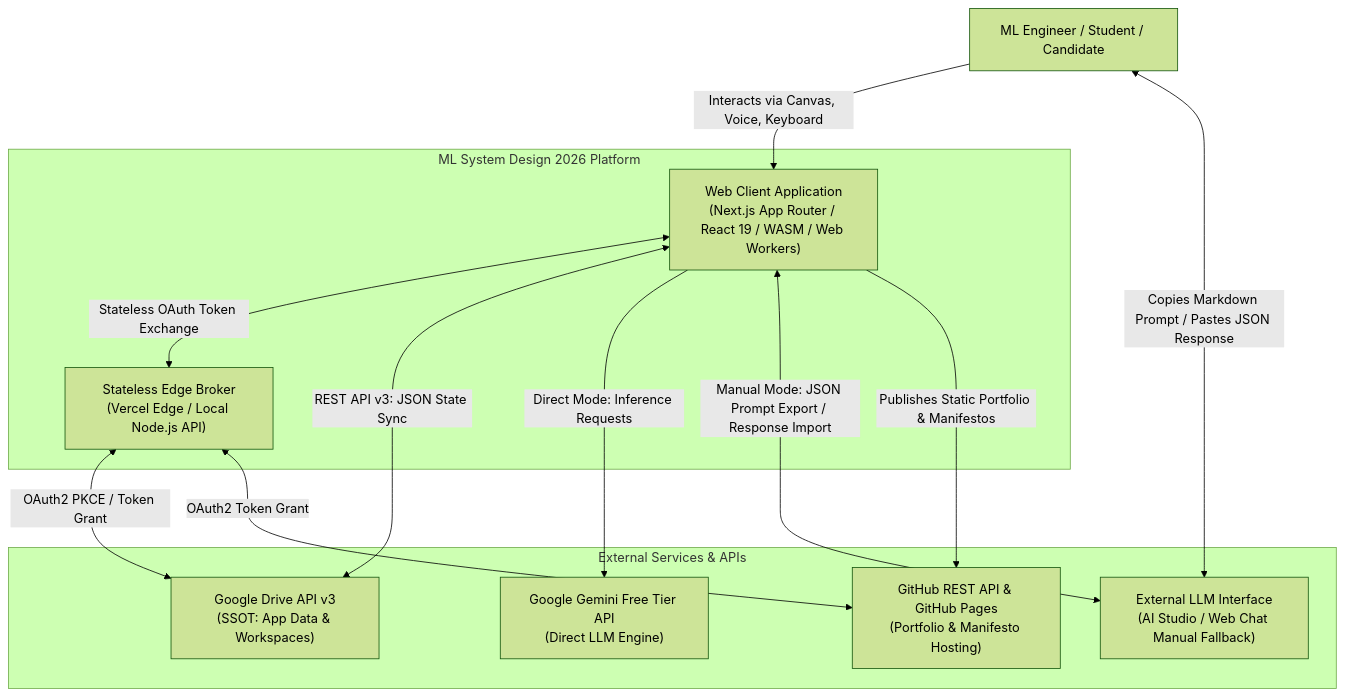
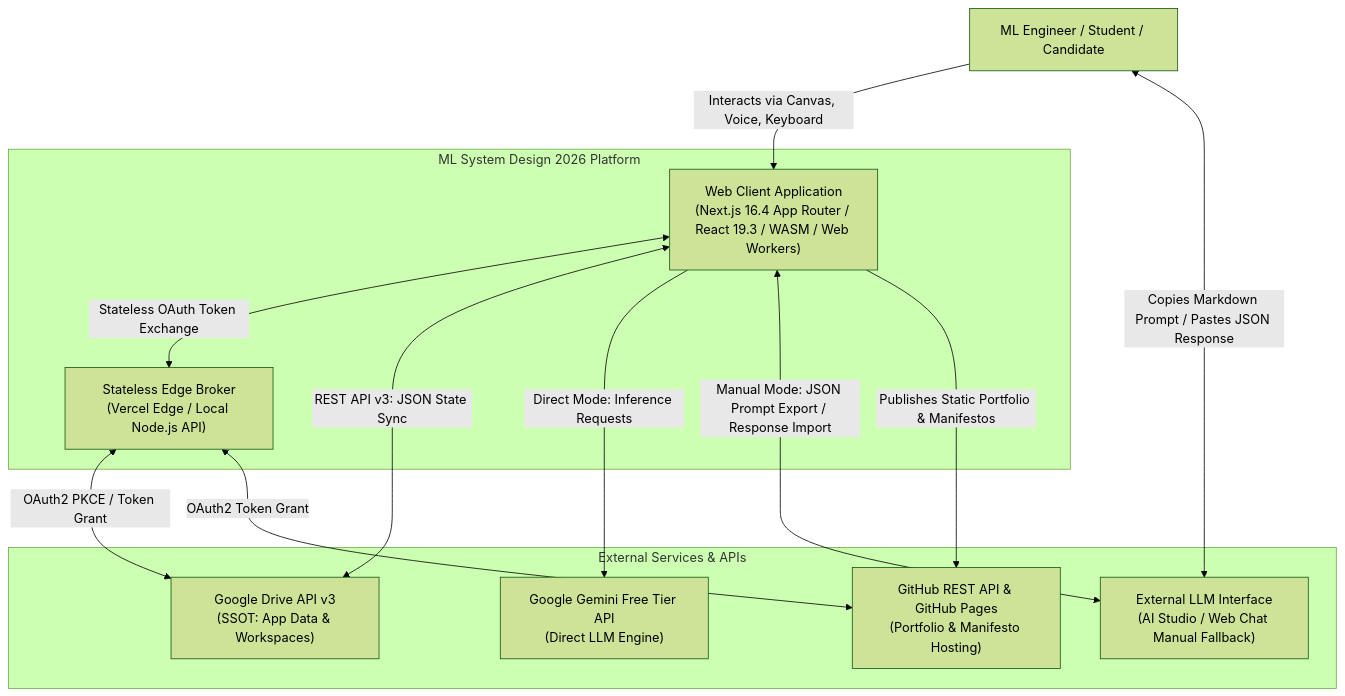
One commit to Strider221B/ml-sys-design changed the first of 5 diagrams in documentation/design/detailed/00_overview_and_architecture.md. Above: the diagram before and after it, drawn with Mermaid (forest theme). The commit also changed other lines of this file and 39 other files, not shown here.

````diff
--- a/documentation/design/detailed/00_overview_and_architecture.md
+++ b/documentation/design/detailed/00_overview_and_architecture.md
@@ -54,27 +54,27 @@
 ```mermaid
 graph TB
     User["ML Engineer / Student / Candidate"]
     
     subgraph Platform["ML System Design 2026 Platform"]
-        WebClient["Web Client Application\n(Next.js App Router / React 19 / WASM / Web Workers)"]
+        WebClient["Web Client Application\n(Next.js 16.4 App Router / React 19.3 / WASM / Web Workers)"]
         EdgeBroker["Stateless Edge Broker\n(Vercel Edge / Local Node.js API)"]
     end
 
     subgraph External_Services["External Services & APIs"]
         GDrive["Google Drive API v3\n(SSOT: App Data & Workspaces)"]
         Gemini["Google Gemini Free Tier API\n(Direct LLM Engine)"]
         ExternalLLM["External LLM Interface\n(AI Studio / Web Chat Manual Fallback)"]
         GitHub["GitHub REST API & GitHub Pages\n(Portfolio & Manifesto Hosting)"]
     end
 
     User -->|Interacts via Canvas, Voice, Keyboard| WebClient
     WebClient <-->|Stateless OAuth Token Exchange| EdgeBroker
     EdgeBroker <-->|OAuth2 PKCE / Token Grant| GDrive
     EdgeBroker <-->|OAuth2 Token Grant| GitHub
 
     WebClient <-->|REST API v3: JSON State Sync| GDrive
     WebClient -->|Direct Mode: Inference Requests| Gemini
     WebClient <-->|Manual Mode: JSON Prompt Export / Response Import| ExternalLLM
     User <-->|Copies Markdown Prompt / Pastes JSON Response| ExternalLLM
     WebClient -->|Publishes Static Portfolio & Manifestos| GitHub
 ```
````
